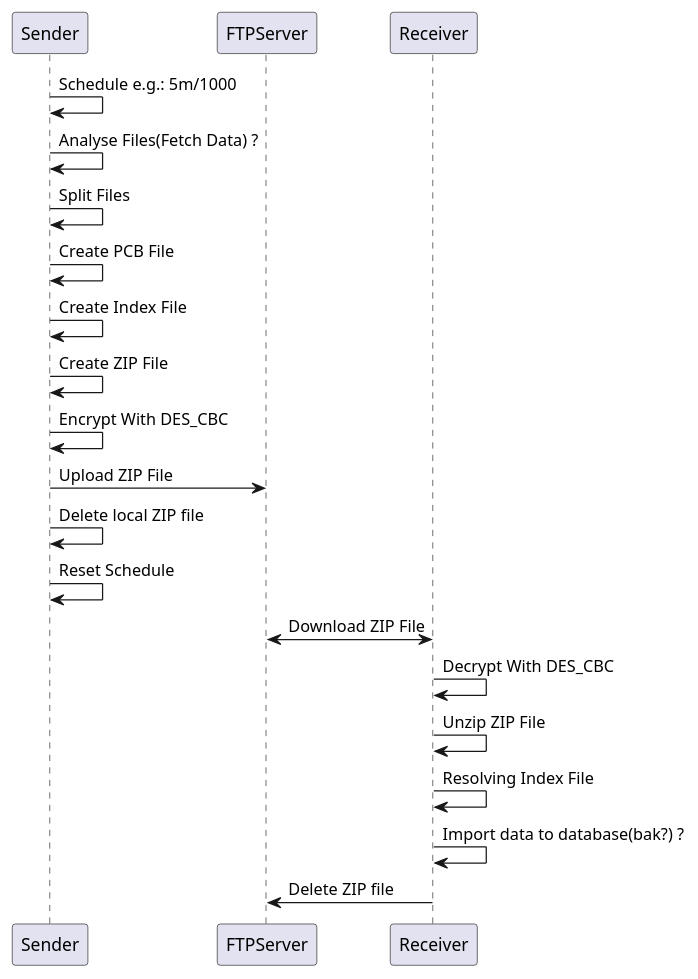
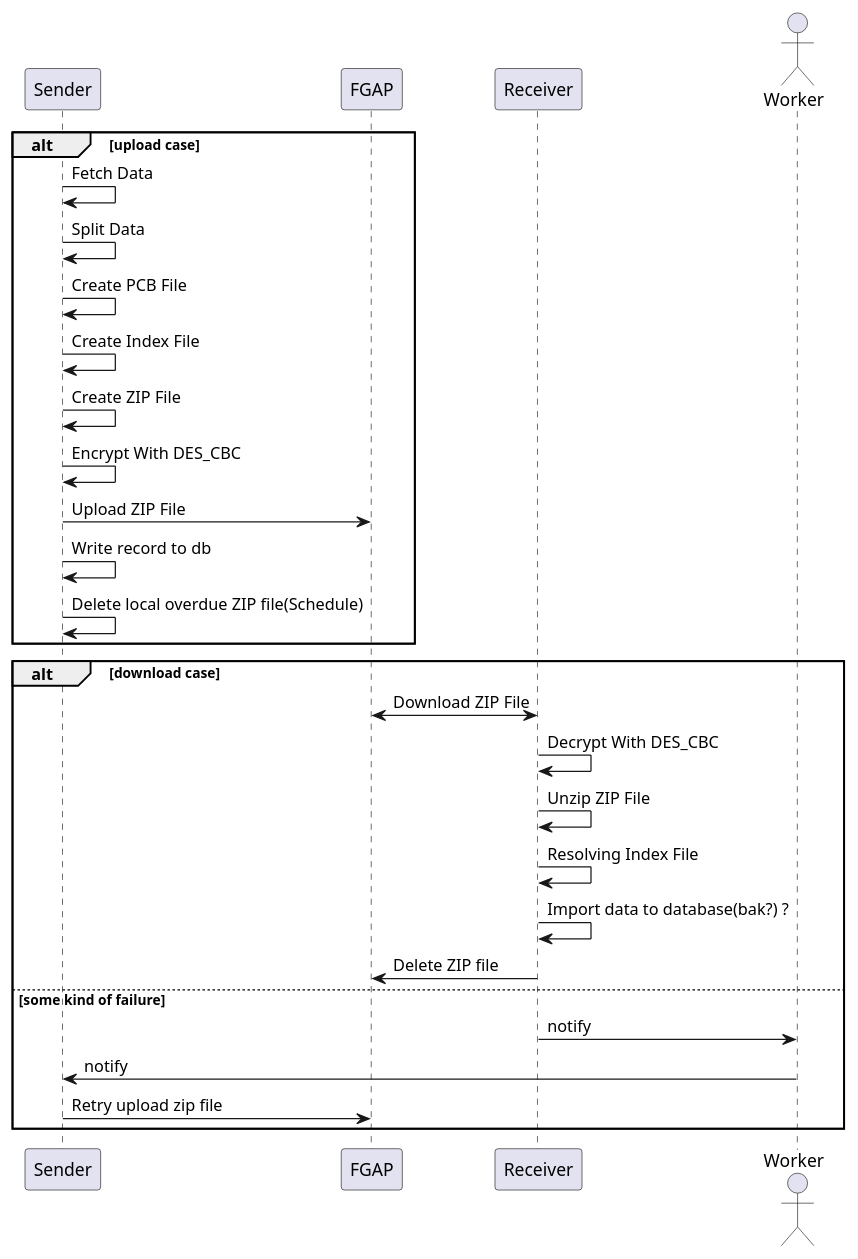
One commit to LuciferYYking/gov-zjzwfw changed the diagram in Xender.puml. Above: the diagram before and after it, drawn with PlantUML. The commit also changed 2 other files, not shown here.

```diff
--- a/Xender.puml
+++ b/Xender.puml
@@ -1,19 +1,30 @@
 @startuml
-Sender -> Sender: Schedule e.g.: 5m/1000
-Sender -> Sender: Analyse Files(Fetch Data) ?
-Sender -> Sender: Split Files
-Sender -> Sender: Create PCB File
-Sender -> Sender: Create Index File
-Sender -> Sender: Create ZIP File
-Sender -> Sender: Encrypt With DES_CBC
-Sender -> FTPServer: Upload ZIP File
-Sender -> Sender: Delete local ZIP file
-Sender -> Sender: Reset Schedule
+participant Sender
+participant FGAP
+participant Receiver
+actor Worker
 
-Receiver <-> FTPServer: Download ZIP File
-Receiver -> Receiver: Decrypt With DES_CBC
-Receiver -> Receiver: Unzip ZIP File
-Receiver -> Receiver: Resolving Index File
-Receiver -> Receiver: Import data to database(bak?) ?
-Receiver -> FTPServer: Delete ZIP file
+alt upload case
+    Sender -> Sender: Fetch Data
+    Sender -> Sender: Split Data
+    Sender -> Sender: Create PCB File
+    Sender -> Sender: Create Index File
+    Sender -> Sender: Create ZIP File
+    Sender -> Sender: Encrypt With DES_CBC
+    Sender -> FGAP: Upload ZIP File
+    Sender -> Sender: Write record to db
+    Sender -> Sender: Delete local overdue ZIP file(Schedule)
+end
+alt download case
+    Receiver <-> FGAP: Download ZIP File
+    Receiver -> Receiver: Decrypt With DES_CBC
+    Receiver -> Receiver: Unzip ZIP File
+    Receiver -> Receiver: Resolving Index File
+    Receiver -> Receiver: Import data to database(bak?) ?
+    Receiver -> FGAP: Delete ZIP file
+else some kind of failure
+    Receiver -> Worker: notify
+    Worker -> Sender: notify
+    Sender -> FGAP: Retry upload zip file
+end
 @enduml
```
